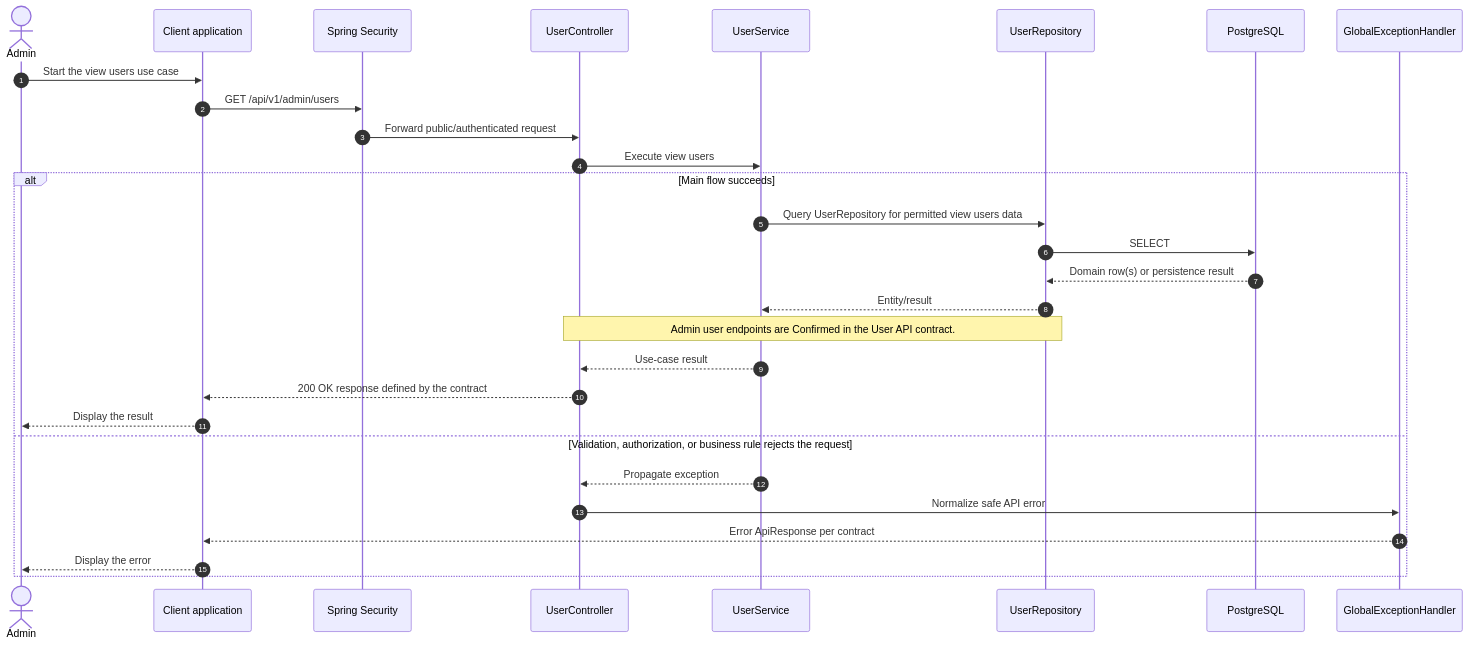
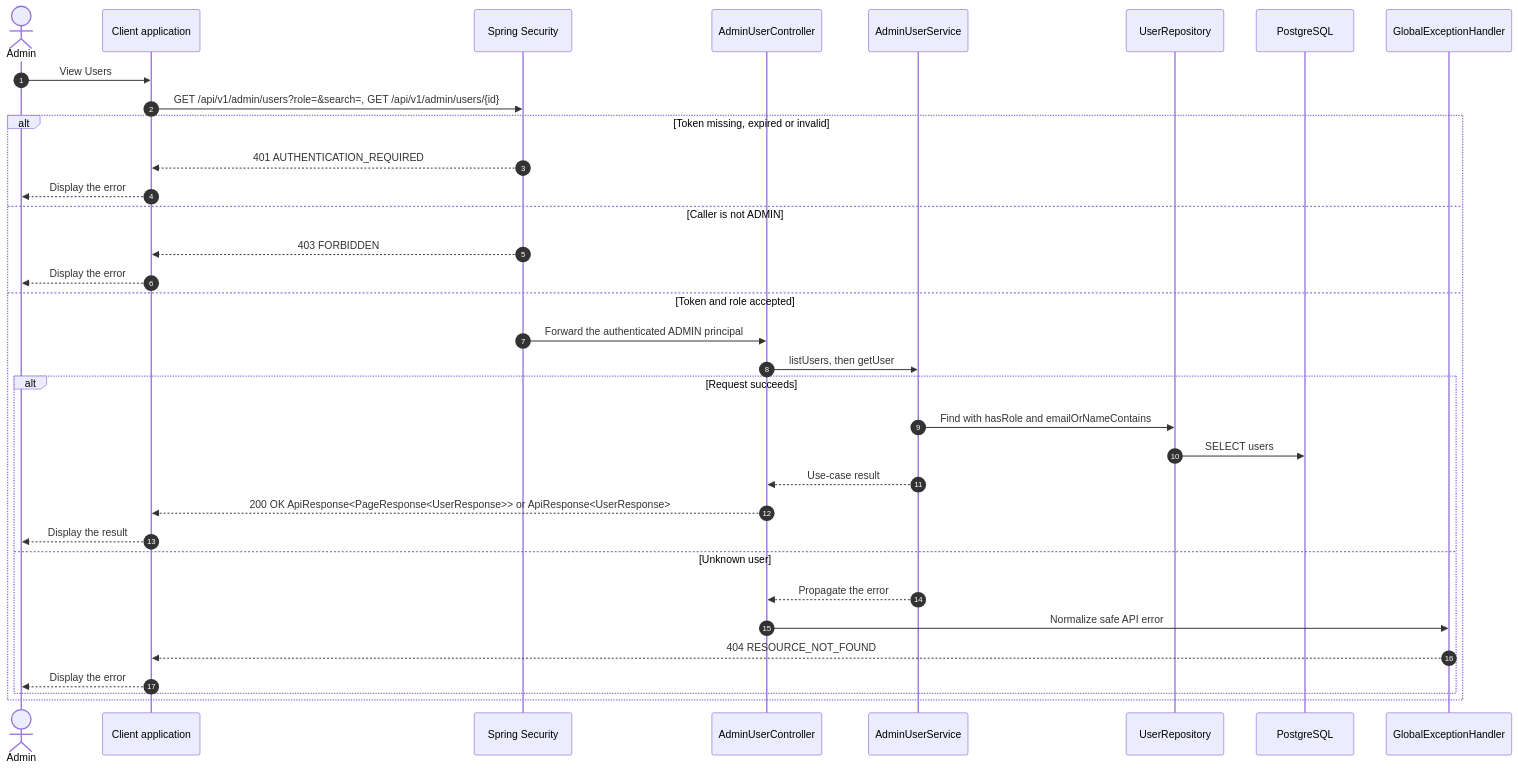
Before and after one commit to e-commercial-marketplace/commerce-platform-docs: the diagram in sequence-diagram/admin/view-users.md, drawn with Mermaid. The commit also changed other lines of this file and 232 other files, not shown here.

Commit message:
docs(usecase): align use cases, specs, activity and sequence diagrams with the backend

````diff
--- a/sequence-diagram/admin/view-users.md
+++ b/sequence-diagram/admin/view-users.md
@@ -9,31 +7,36 @@
 ```mermaid
 sequenceDiagram
     autonumber
     actor Admin
     participant Client as Client application
     participant Security as Spring Security
-    participant Controller as UserController
-    participant Service as UserService
+    participant Controller as AdminUserController
+    participant Service as AdminUserService
     participant Repo as UserRepository
     participant DB as PostgreSQL
     participant Handler as GlobalExceptionHandler
-    Admin->>Client: Start the view users use case
-    Client->>Security: GET /api/v1/admin/users
-    Security->>Controller: Forward public/authenticated request
-    Controller->>Service: Execute view users
-    alt Main flow succeeds
-        Service->>Repo: Query UserRepository for permitted view users data
-        Repo->>DB: SELECT
-        DB-->>Repo: Domain row(s) or persistence result
-        Repo-->>Service: Entity/result
-        Note over Controller,Repo: Admin user endpoints are Confirmed in the User API contract.
-        Service-->>Controller: Use-case result
-        Controller-->>Client: 200 OK response defined by the contract
-        Client-->>Admin: Display the result
-    else Validation, authorization, or business rule rejects the request
-        Service-->>Controller: Propagate exception
-        Controller->>Handler: Normalize safe API error
-        Handler-->>Client: Error ApiResponse per contract
+    Admin->>Client: View Users
+    Client->>Security: GET /api/v1/admin/users?role=&search=, GET /api/v1/admin/users/{id}
+    alt Token missing, expired or invalid
+        Security-->>Client: 401 AUTHENTICATION_REQUIRED
         Client-->>Admin: Display the error
+    else Caller is not ADMIN
+        Security-->>Client: 403 FORBIDDEN
+        Client-->>Admin: Display the error
+    else Token and role accepted
+        Security->>Controller: Forward the authenticated ADMIN principal
+        Controller->>Service: listUsers, then getUser
+        alt Request succeeds
+            Service->>Repo: Find with hasRole and emailOrNameContains
+            Repo->>DB: SELECT users
+            Service-->>Controller: Use-case result
+            Controller-->>Client: 200 OK ApiResponse<PageResponse<UserResponse>> or ApiResponse<UserResponse>
+            Client-->>Admin: Display the result
+        else Unknown user
+            Service-->>Controller: Propagate the error
+            Controller->>Handler: Normalize safe API error
+            Handler-->>Client: 404 RESOURCE_NOT_FOUND
+            Client-->>Admin: Display the error
+        end
     end
 ```
````
